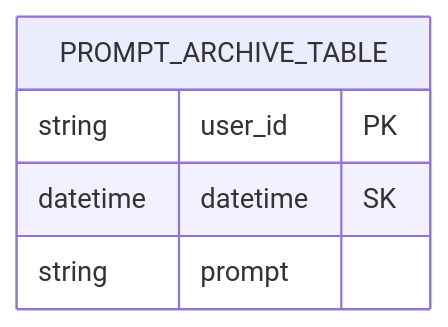
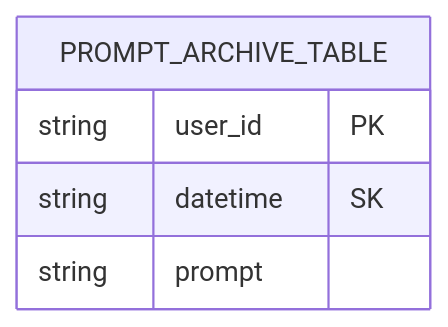
The third of 6 diagrams in friend_ai.md (awaawaprogram/rescret_repo_app), drawn with Mermaid before and after one commit. The commit also changed 1 other file, not shown here.

Commit message:
入力フォームの作成

````diff
--- a/friend_ai.md
+++ b/friend_ai.md
@@ -26,9 +26,9 @@
 ```mermaid
 erDiagram
     PROMPT_ARCHIVE_TABLE {
         string user_id "PK"
-        datetime datetime "SK"
+        string datetime "SK"
         string prompt
     }
 
 ```
````
